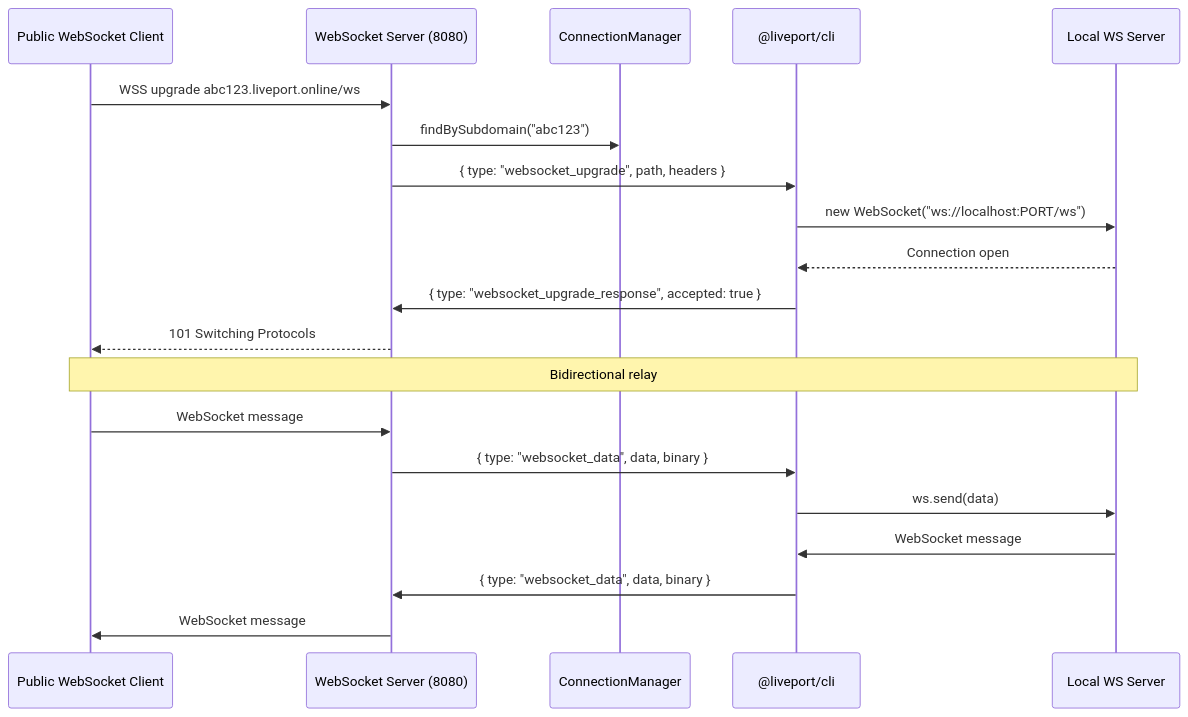
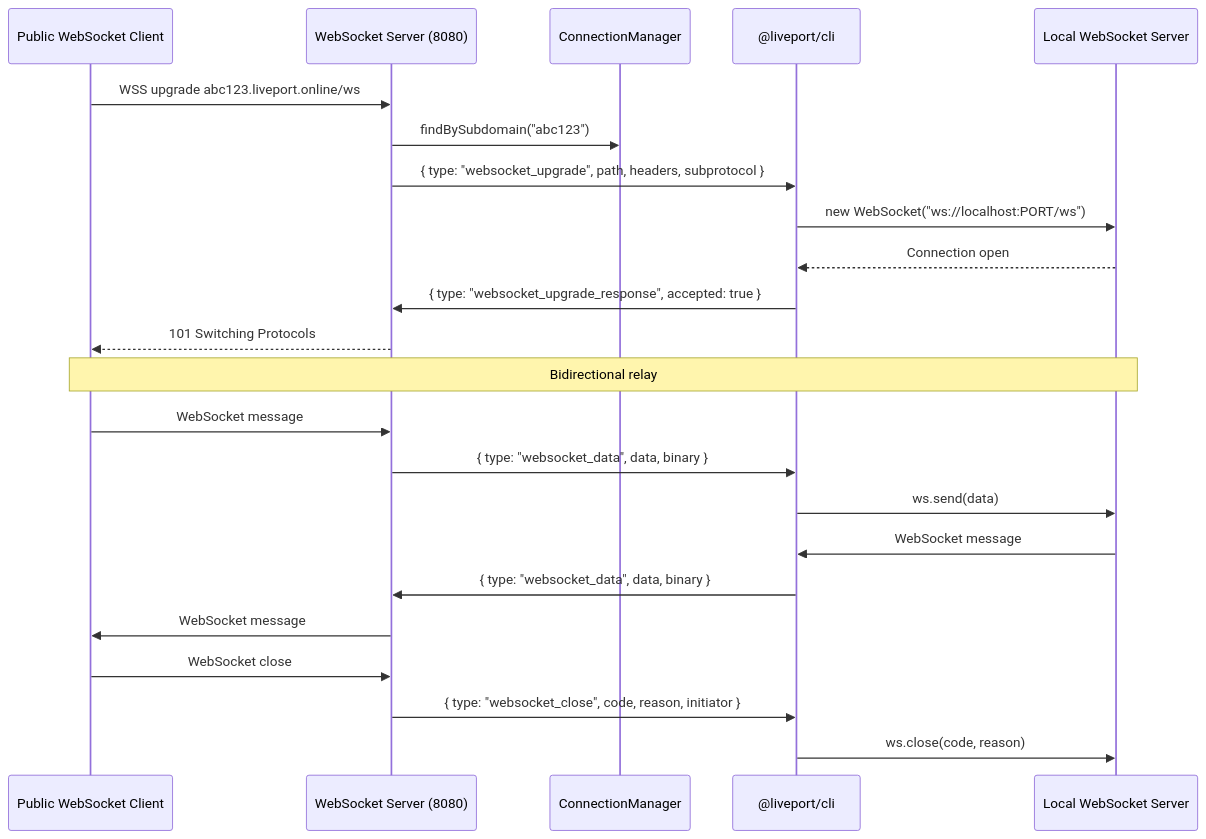
The fourth of 5 diagrams in docs/ARCHITECTURE.md (dundas/liveport), drawn with Mermaid before and after one commit. The commit also changed other lines of this file and 4 other files, not shown here.

````diff
--- a/docs/ARCHITECTURE.md
+++ b/docs/ARCHITECTURE.md
@@ -112,24 +129,28 @@
 ```mermaid
 sequenceDiagram
     participant Client as Public WebSocket Client
     participant WS as WebSocket Server (8080)
     participant CM as ConnectionManager
     participant CLI as @liveport/cli
-    participant Local as Local WS Server
+    participant Local as Local WebSocket Server
 
     Client->>WS: WSS upgrade abc123.liveport.online/ws
     WS->>CM: findBySubdomain("abc123")
-    WS->>CLI: { type: "websocket_upgrade", path, headers }
+    WS->>CLI: { type: "websocket_upgrade", path, headers, subprotocol }
     CLI->>Local: new WebSocket("ws://localhost:PORT/ws")
     Local-->>CLI: Connection open
     CLI->>WS: { type: "websocket_upgrade_response", accepted: true }
     WS-->>Client: 101 Switching Protocols
 
     Note over Client,Local: Bidirectional relay
     Client->>WS: WebSocket message
     WS->>CLI: { type: "websocket_data", data, binary }
     CLI->>Local: ws.send(data)
     Local->>CLI: WebSocket message
     CLI->>WS: { type: "websocket_data", data, binary }
     WS->>Client: WebSocket message
+
+    Client->>WS: WebSocket close
+    WS->>CLI: { type: "websocket_close", code, reason, initiator }
+    CLI->>Local: ws.close(code, reason)
 ```
````
